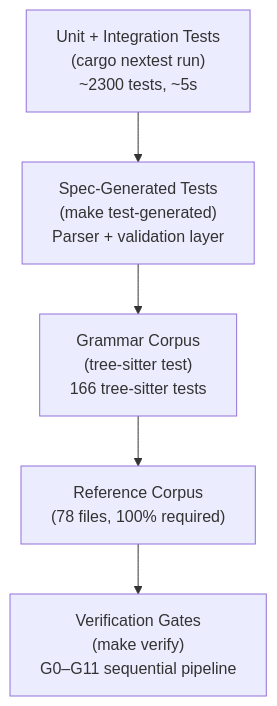
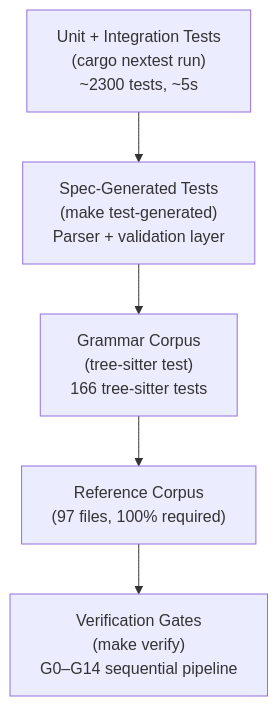
The second of 3 diagrams in book/src/contributing/testing.md (TalkBank/talkbank-tools), drawn with Mermaid before and after one commit. The commit also changed other lines of this file and 2584 other files, not shown here.

````diff
--- a/book/src/contributing/testing.md
+++ b/book/src/contributing/testing.md
@@ -50,10 +50,10 @@
 ```mermaid
 flowchart TD
     unit["Unit + Integration Tests\n(cargo nextest run)\n~2300 tests, ~5s"]
     specgen["Spec-Generated Tests\n(make test-generated)\nParser + validation layer"]
     grammar["Grammar Corpus\n(tree-sitter test)\n166 tree-sitter tests"]
-    ref["Reference Corpus\n(78 files, 100% required)"]
-    gates["Verification Gates\n(make verify)\nG0–G11 sequential pipeline"]
+    ref["Reference Corpus\n(97 files, 100% required)"]
+    gates["Verification Gates\n(make verify)\nG0–G14 sequential pipeline"]
 
     unit --> specgen --> grammar --> ref --> gates
 ```
````
